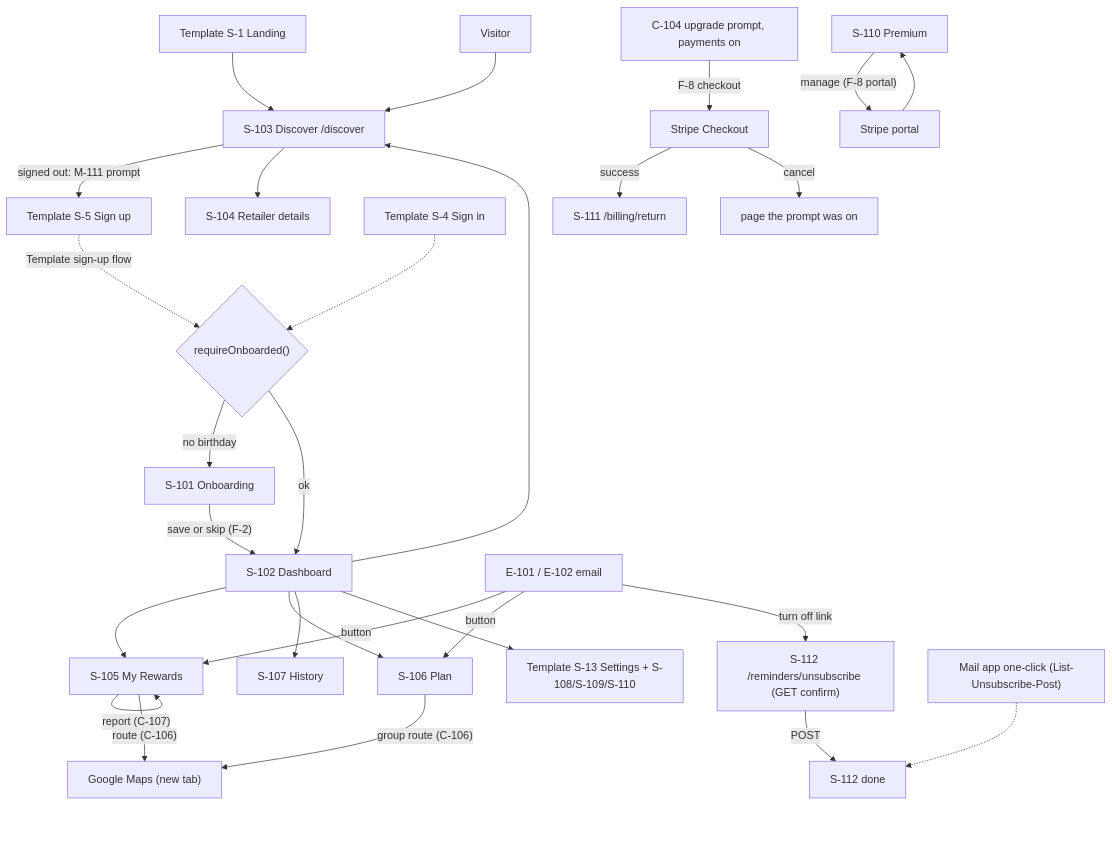
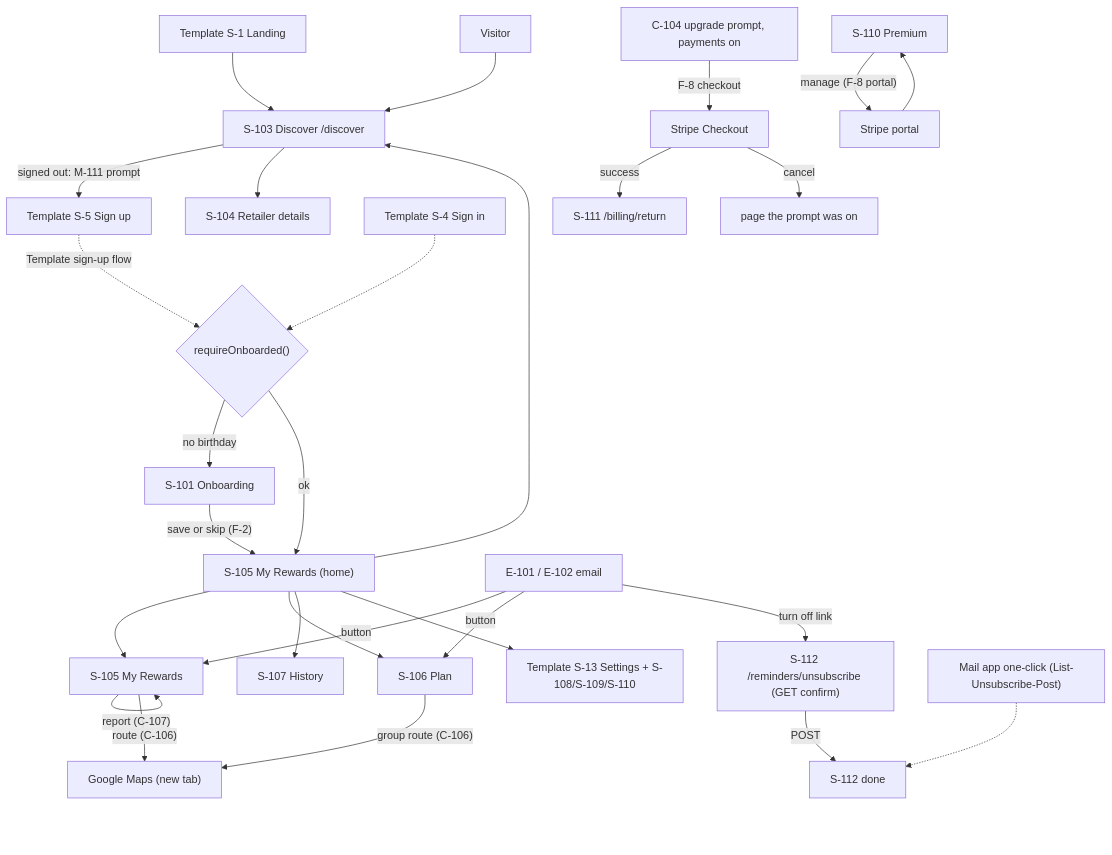
The diagram in docs/SPEC.md (janellycedenoaquino/The-Birthday-Run), drawn with Mermaid before and after one commit. The commit also changed other lines of this file and 5 other files, not shown here.

First line of the commit message:
Make My Rewards the signed-in home and drop the dashboard (decision 0018)

````diff
--- a/docs/SPEC.md
+++ b/docs/SPEC.md
@@ -278,26 +278,26 @@
 ```mermaid
 flowchart TD
   L["Template S-1 Landing"] --> D["S-103 Discover /discover"]
   V["Visitor"] --> D
   D -- "signed out: M-111 prompt" --> SU["Template S-5 Sign up"]
   D --> RD["S-104 Retailer details"]
   SU -. "Template sign-up flow" .-> G{"requireOnboarded()"}
   SI["Template S-4 Sign in"] -.-> G
   G -- "no birthday" --> OB["S-101 Onboarding"]
-  OB -- "save or skip (F-2)" --> DB["S-102 Dashboard"]
+  OB -- "save or skip (F-2)" --> DB["S-105 My Rewards (home)"]
   G -- "ok" --> DB
   DB --> D & MR["S-105 My Rewards"] & PL["S-106 Plan"] & HI["S-107 History"]
   MR -- "mark picked up (C-109)" --> MR
   MR -- "report (C-107)" --> MR
   PL -- "group route (C-106)" --> GM["Google Maps (new tab)"]
   MR -- "route (C-106)" --> GM
   DB --> ST["Template S-13 Settings + S-108/S-109/S-110"]
   UP["C-104 upgrade prompt, payments on"] -- "F-8 checkout" --> SC["Stripe Checkout"]
   SC -- "success" --> BR["S-111 /billing/return"]
   SC -- "cancel" --> Back["page the prompt was on"]
   S110["S-110 Premium"] -- "manage (F-8 portal)" --> SP["Stripe portal"] --> S110
   E["E-101 / E-102 email"] -- "button" --> MR & PL
   E -- "turn off link" --> UN["S-112 /reminders/unsubscribe (GET confirm)"]
   UN -- "POST" --> UNd["S-112 done"]
   Mail["Mail app one-click (List-Unsubscribe-Post)"] -.-> UNd
 ```
````
